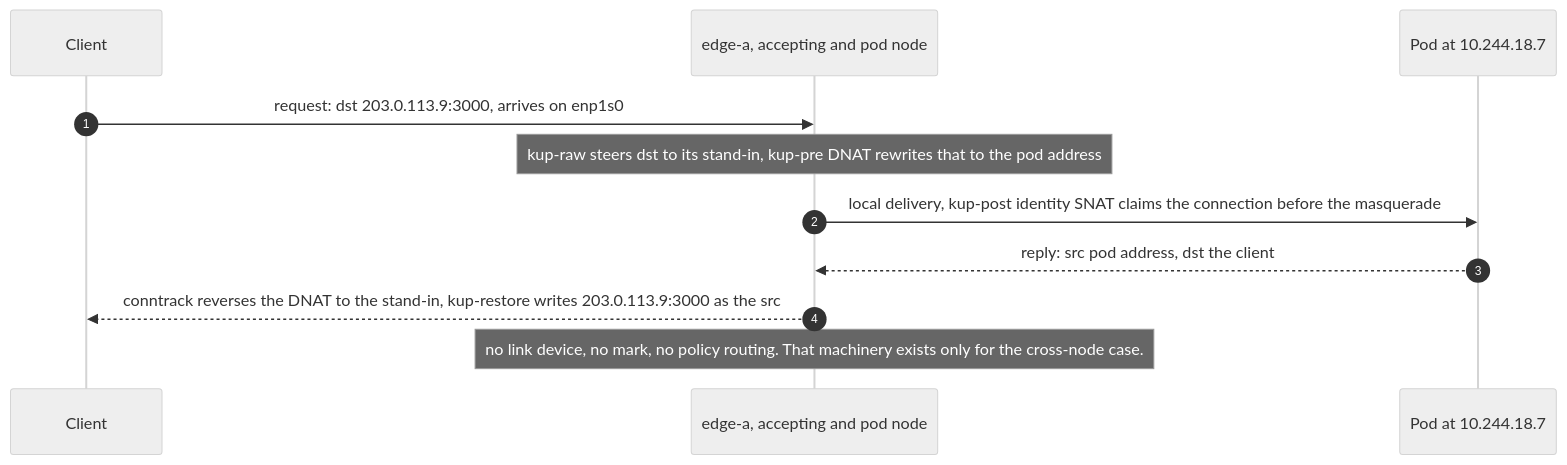
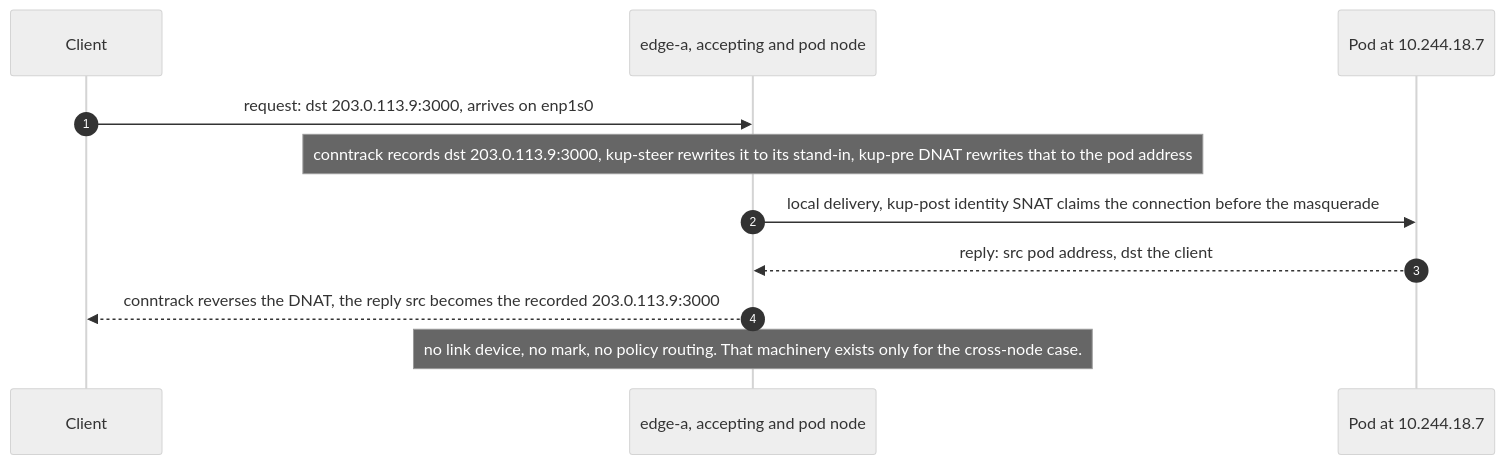
Before and after one commit to walzen-group/kuport: the first of 4 diagrams in docs/datapath.md, drawn with Mermaid (neutral theme). The commit also changed other lines of this file and 18 other files, not shown here.

First line of the commit message:
fix: steer after conntrack and a mesh's mark rules, before the host firewall

````diff
--- a/docs/datapath.md
+++ b/docs/datapath.md
@@ -17,13 +17,13 @@
 ```mermaid
 sequenceDiagram
     autonumber
     participant C as Client
     participant N as edge-a, accepting and pod node
     participant P as Pod at 10.244.18.7
     C->>N: request: dst 203.0.113.9:3000, arrives on enp1s0
-    Note over N: kup-raw steers dst to its stand-in, kup-pre DNAT rewrites that to the pod address
+    Note over N: conntrack records dst 203.0.113.9:3000, kup-steer rewrites it to its stand-in, kup-pre DNAT rewrites that to the pod address
     N->>P: local delivery, kup-post identity SNAT claims the connection before the masquerade
     P-->>N: reply: src pod address, dst the client
-    N-->>C: conntrack reverses the DNAT to the stand-in, kup-restore writes 203.0.113.9:3000 as the src
+    N-->>C: conntrack reverses the DNAT, the reply src becomes the recorded 203.0.113.9:3000
     Note over N: no link device, no mark, no policy routing. That machinery exists only for the cross-node case.
 ```
````
